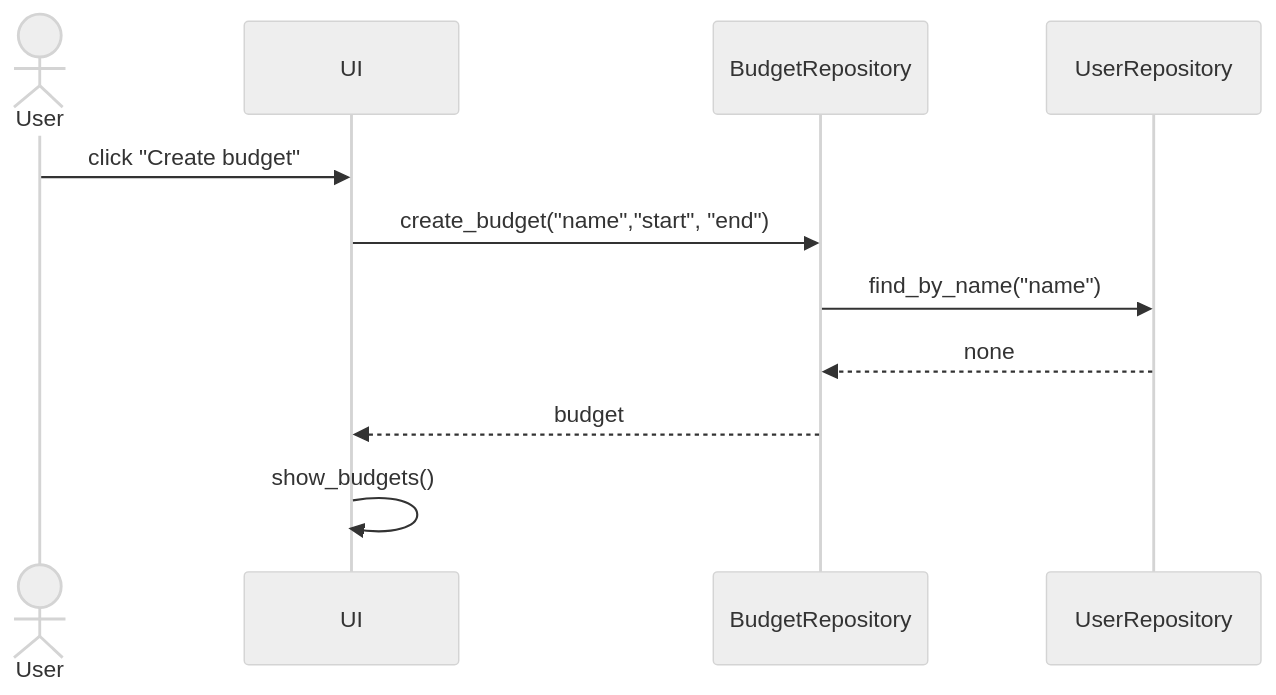
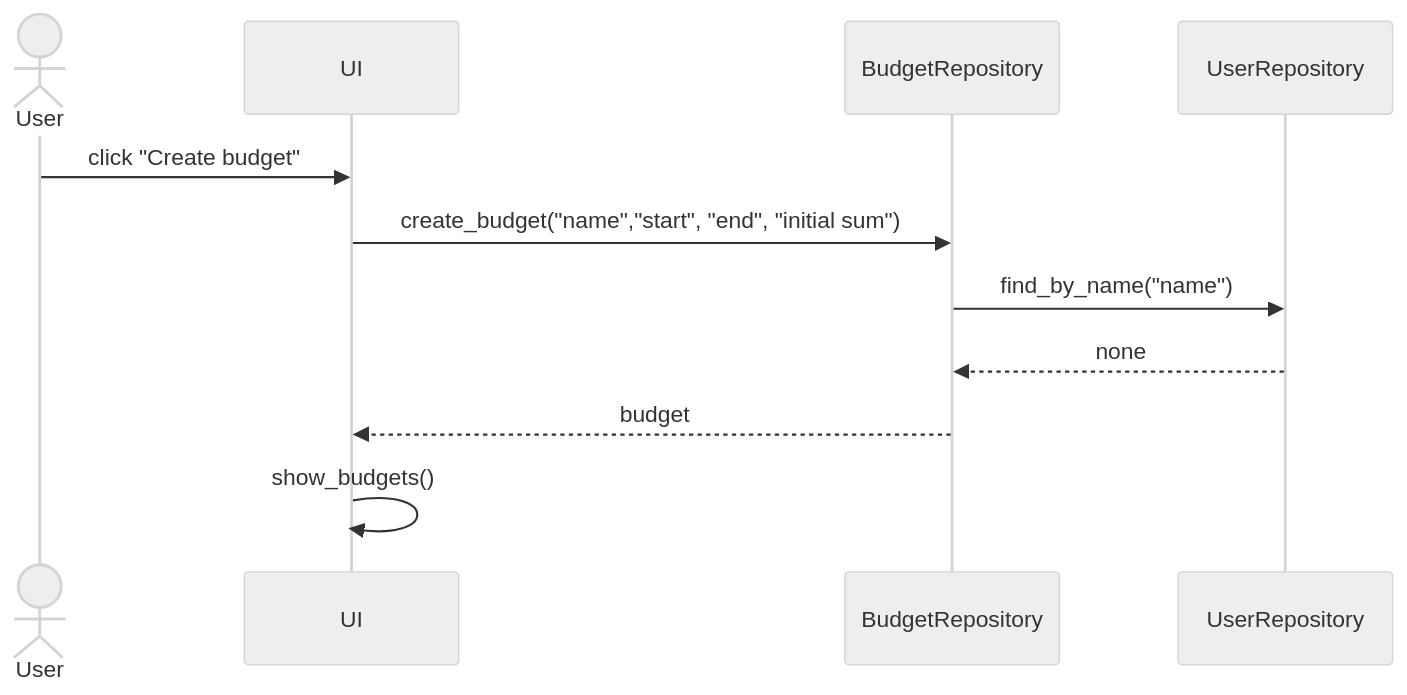
The fourth of 5 diagrams in dokumentaatio/arkkitehtuuri.md (Vilivanh/ot-harjoitustyo), drawn with Mermaid (neutral theme) before and after one commit.

Commit message:
arkkitehtuuria

````diff
--- a/dokumentaatio/arkkitehtuuri.md
+++ b/dokumentaatio/arkkitehtuuri.md
@@ -86,13 +86,13 @@
 ```mermaid
  sequenceDiagram
       actor User
       participant UI
       participant BudgetRepository
       participant UserRepository
       User->>UI: click "Create budget"
-      UI->>BudgetRepository: create_budget("name","start", "end")
+      UI->>BudgetRepository: create_budget("name","start", "end", "initial sum")
       BudgetRepository->>UserRepository: find_by_name("name")
       UserRepository-->>BudgetRepository: none
       BudgetRepository-->>UI: budget
       UI->>UI: show_budgets()
 ```
````
